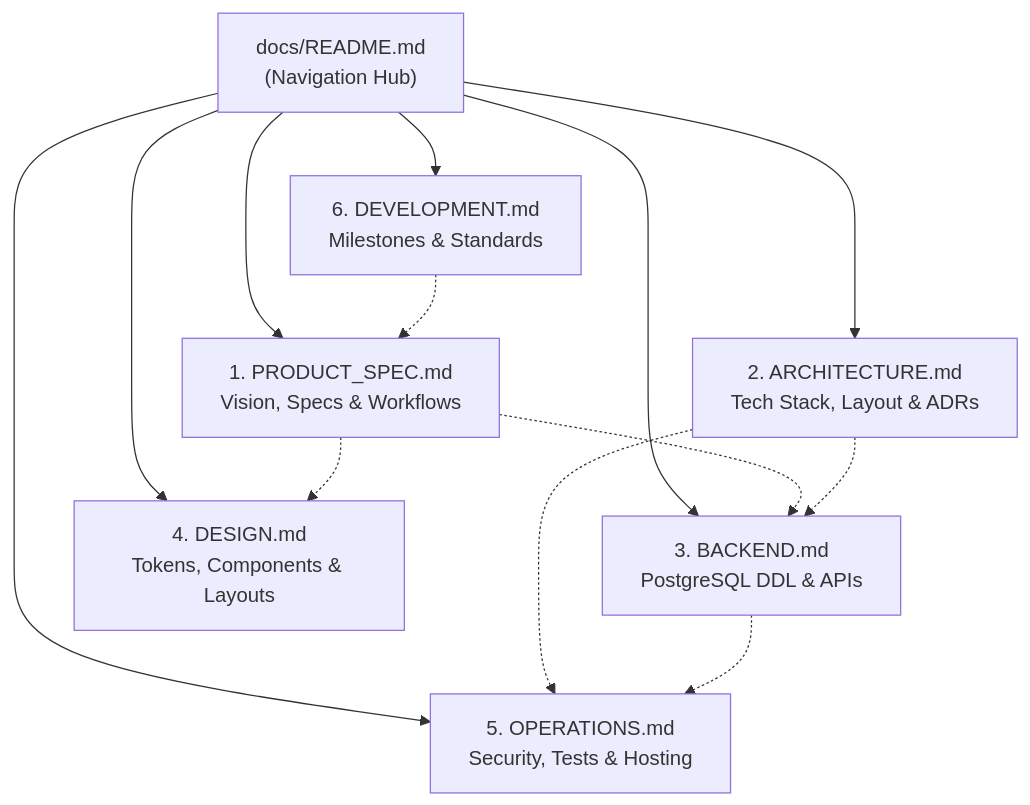
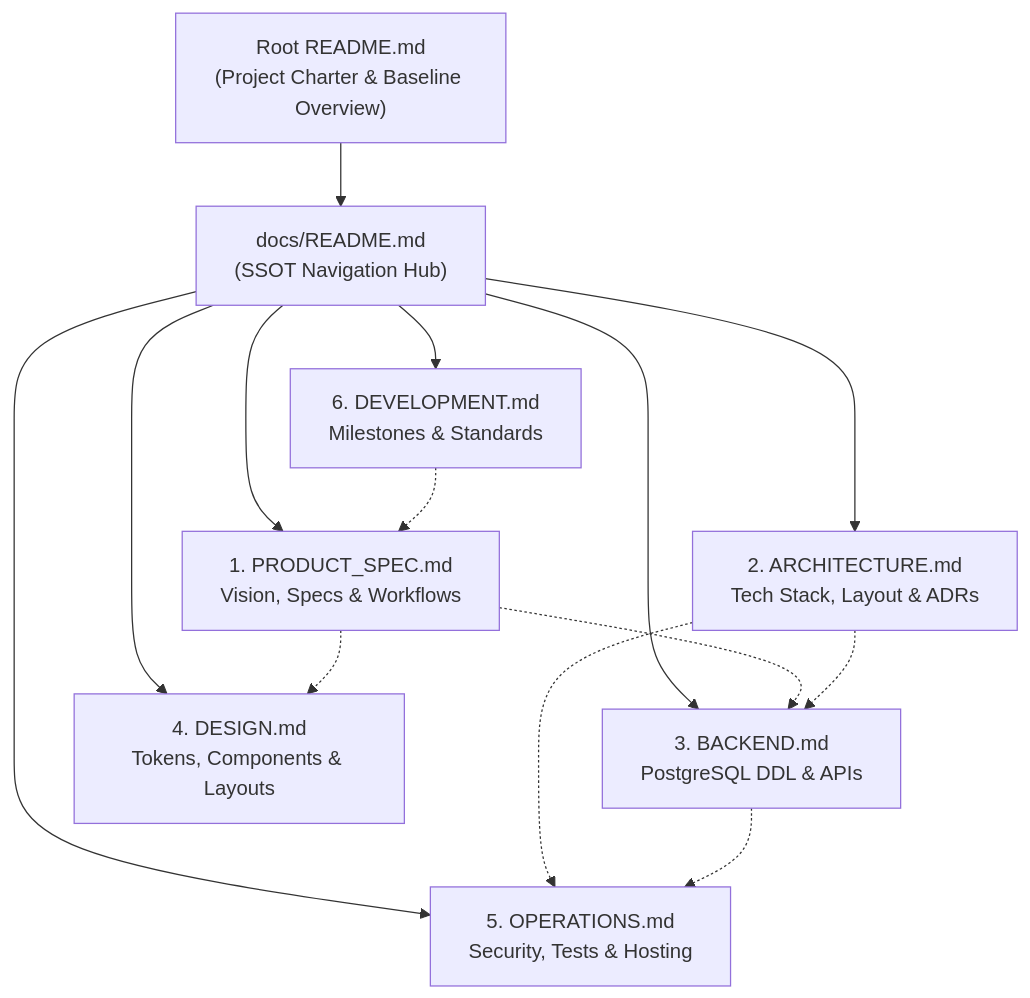
Before and after one commit to Dhruv-Patel-2007/Anivio: the diagram in docs/README.md, drawn with Mermaid. The commit also changed other lines of this file, not shown here.

Commit message:
docs: update docs/README.md navigation hub to align with consolidated baseline v1.1

````diff
--- a/docs/README.md
+++ b/docs/README.md
@@ -26,16 +29,18 @@
 ```mermaid
 flowchart TD
-    Index["docs/README.md\n(Navigation Hub)"] --> Product["1. PRODUCT_SPEC.md\nVision, Specs & Workflows"]
+    Root["Root README.md\n(Project Charter & Baseline Overview)"] --> Index["docs/README.md\n(SSOT Navigation Hub)"]
+    
+    Index --> Product["1. PRODUCT_SPEC.md\nVision, Specs & Workflows"]
     Index --> Arch["2. ARCHITECTURE.md\nTech Stack, Layout & ADRs"]
     Index --> Backend["3. BACKEND.md\nPostgreSQL DDL & APIs"]
     Index --> Design["4. DESIGN.md\nTokens, Components & Layouts"]
     Index --> Ops["5. OPERATIONS.md\nSecurity, Tests & Hosting"]
     Index --> Dev["6. DEVELOPMENT.md\nMilestones & Standards"]
 
     Product -.-> Backend
     Product -.-> Design
     Arch -.-> Backend
     Arch -.-> Ops
     Backend -.-> Ops
     Dev -.-> Product
 ```
````
